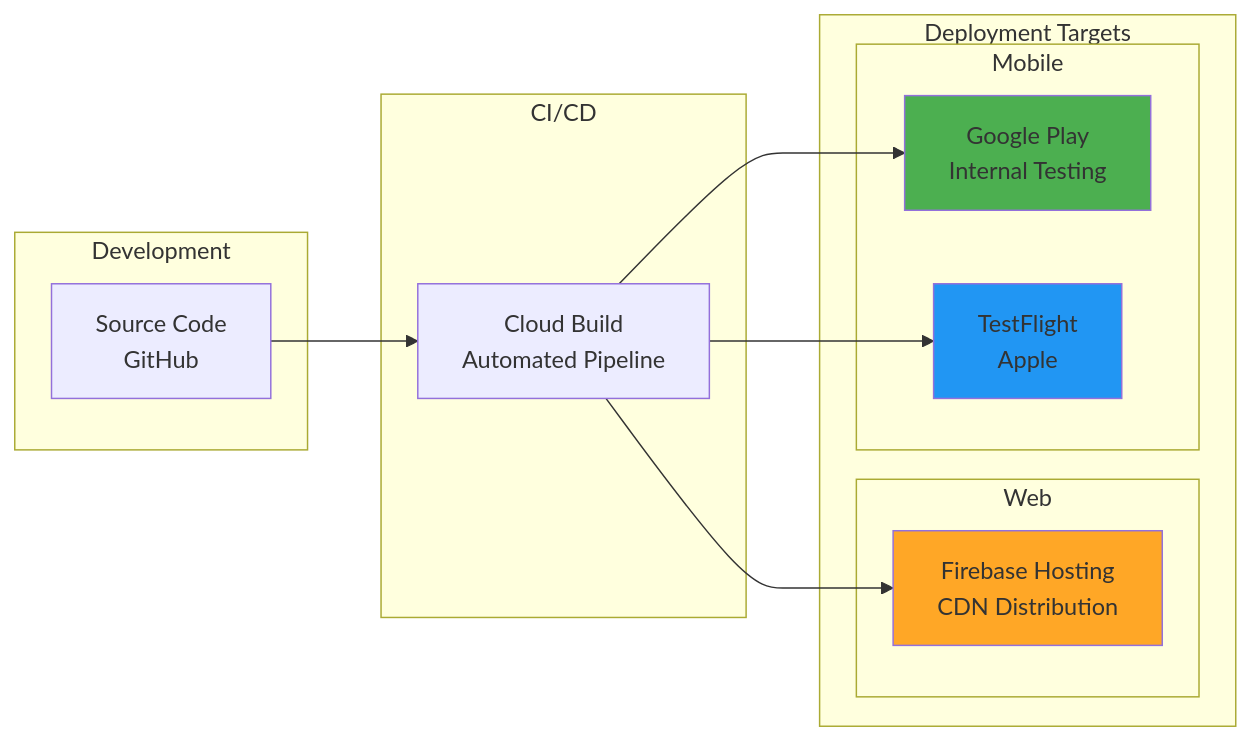
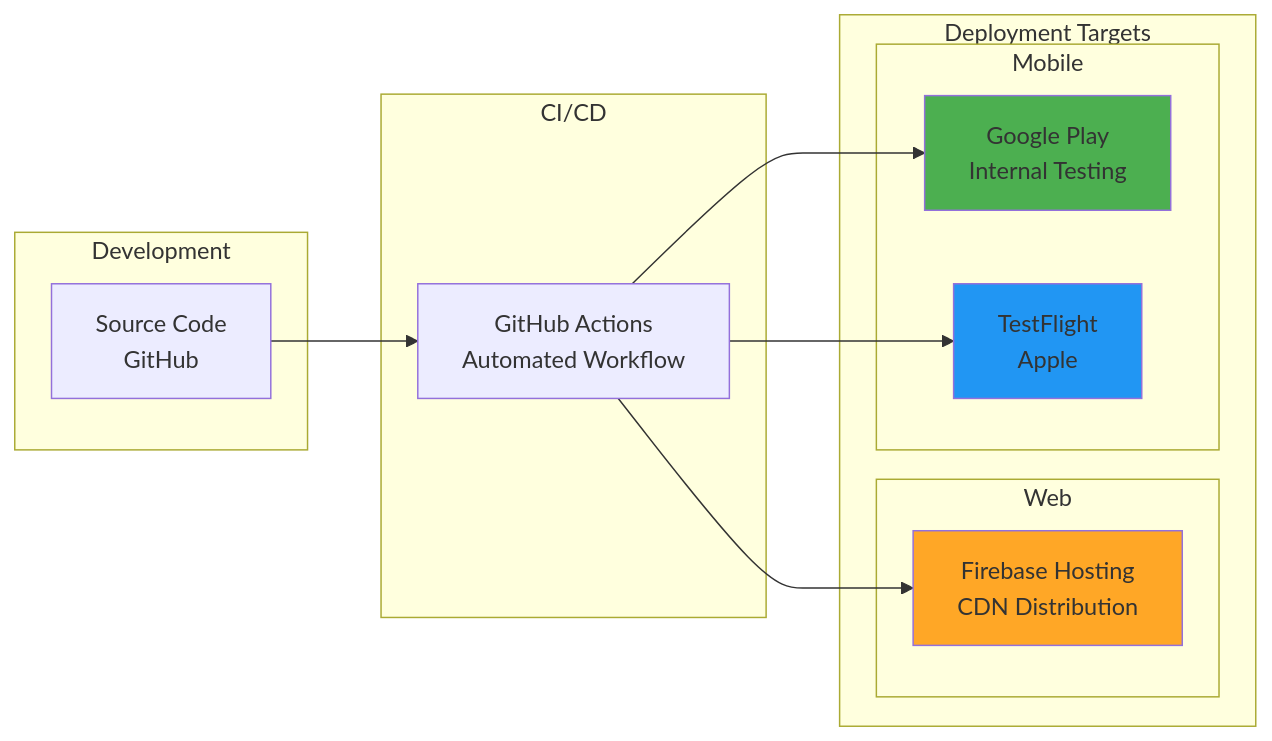
Before and after one commit to sargupta/sahayakai: the sixth of 8 diagrams in sahayakai-main/docs/SOLUTION_ARCHITECTURE.md, drawn with Mermaid. The commit also changed other lines of this file and 11 other files, not shown here.

````diff
--- a/sahayakai-main/docs/SOLUTION_ARCHITECTURE.md
+++ b/sahayakai-main/docs/SOLUTION_ARCHITECTURE.md
@@ -379,30 +379,30 @@
 ```mermaid
 graph LR
     subgraph "Development"
         DEV_CODE[Source Code<br/>GitHub]
     end
 
     subgraph "CI/CD"
-        BUILD[Cloud Build<br/>Automated Pipeline]
+        BUILD[GitHub Actions<br/>Automated Workflow]
     end
 
     subgraph "Deployment Targets"
         subgraph "Web"
             FIREBASE_HOST[Firebase Hosting<br/>CDN Distribution]
         end
         
         subgraph "Mobile"
             ANDROID[Google Play<br/>Internal Testing]
             IOS[TestFlight<br/>Apple]
         end
     end
 
     DEV_CODE --> BUILD
     BUILD --> FIREBASE_HOST
     BUILD --> ANDROID
     BUILD --> IOS
 
     style FIREBASE_HOST fill:#ffa726
     style ANDROID fill:#4caf50
     style IOS fill:#2196f3
 ```
````
